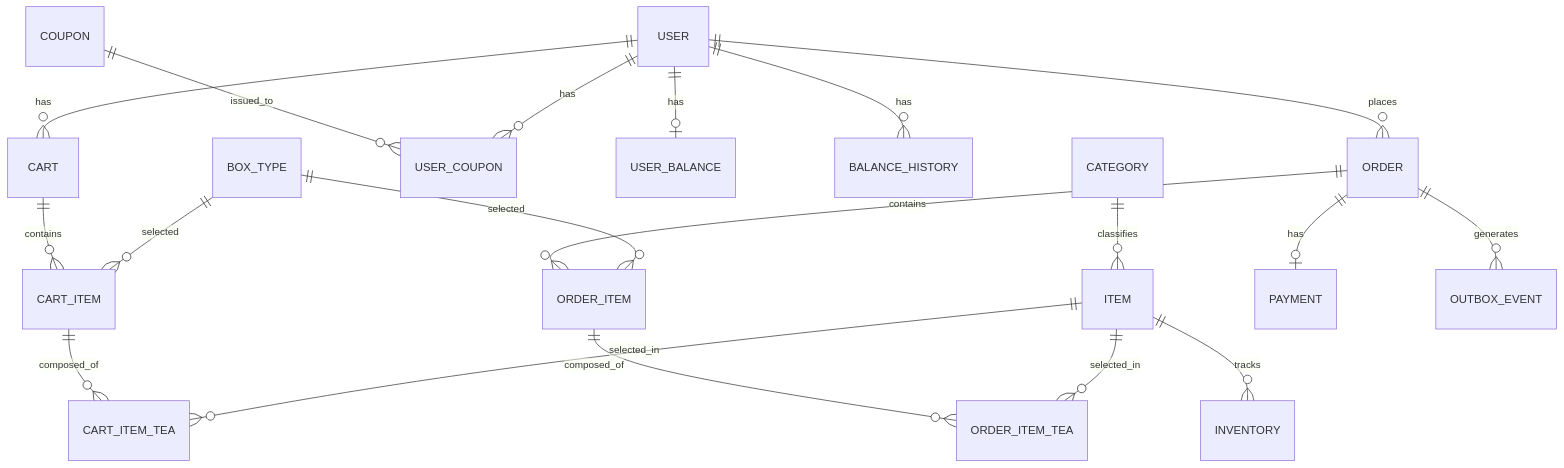
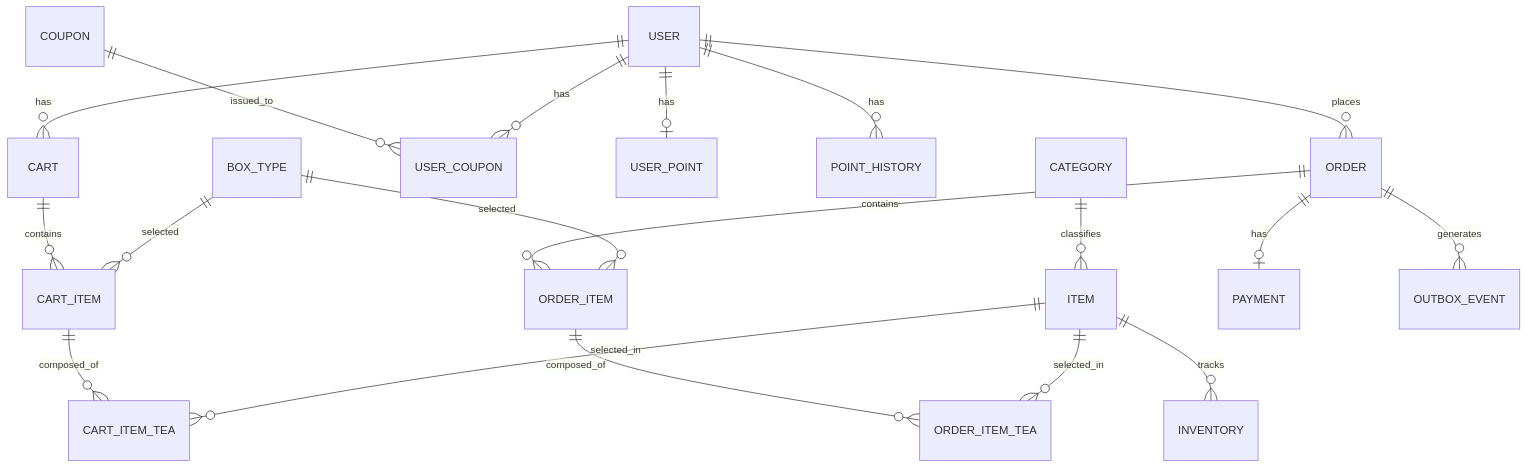
Before and after one commit to jay05410/hanghae10-for-study: the first of 7 diagrams in ecommerce/docs/api/data-models.md, drawn with Mermaid. The commit also changed other lines of this file, not shown here.

````diff
--- a/ecommerce/docs/api/data-models.md
+++ b/ecommerce/docs/api/data-models.md
@@ -17,27 +17,27 @@
 ```mermaid
 erDiagram
     USER ||--o{ CART : has
     USER ||--o{ ORDER : places
     USER ||--o{ USER_COUPON : has
-    USER ||--o| USER_BALANCE : has
-    USER ||--o{ BALANCE_HISTORY : has
+    USER ||--o| USER_POINT : has
+    USER ||--o{ POINT_HISTORY : has
 
     CATEGORY ||--o{ ITEM : classifies
 
     ITEM ||--o{ CART_ITEM_TEA : selected_in
     ITEM ||--o{ ORDER_ITEM_TEA : selected_in
     ITEM ||--o{ INVENTORY : tracks
 
     BOX_TYPE ||--o{ CART_ITEM : selected
     BOX_TYPE ||--o{ ORDER_ITEM : selected
 
     CART ||--o{ CART_ITEM : contains
     CART_ITEM ||--o{ CART_ITEM_TEA : composed_of
 
     ORDER ||--o{ ORDER_ITEM : contains
     ORDER_ITEM ||--o{ ORDER_ITEM_TEA : composed_of
     ORDER ||--o| PAYMENT : has
     ORDER ||--o{ OUTBOX_EVENT : generates
 
     COUPON ||--o{ USER_COUPON : issued_to
 ```
````
